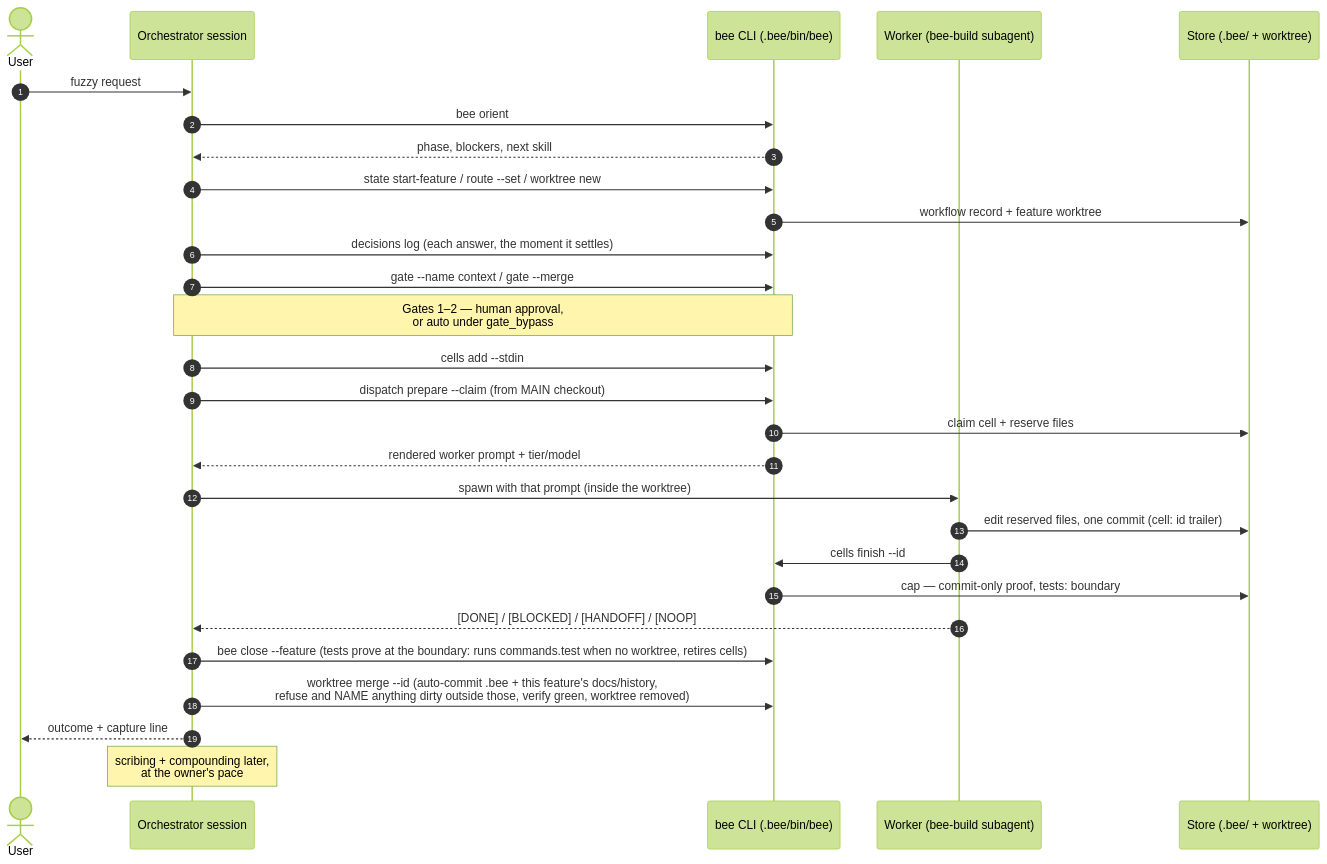
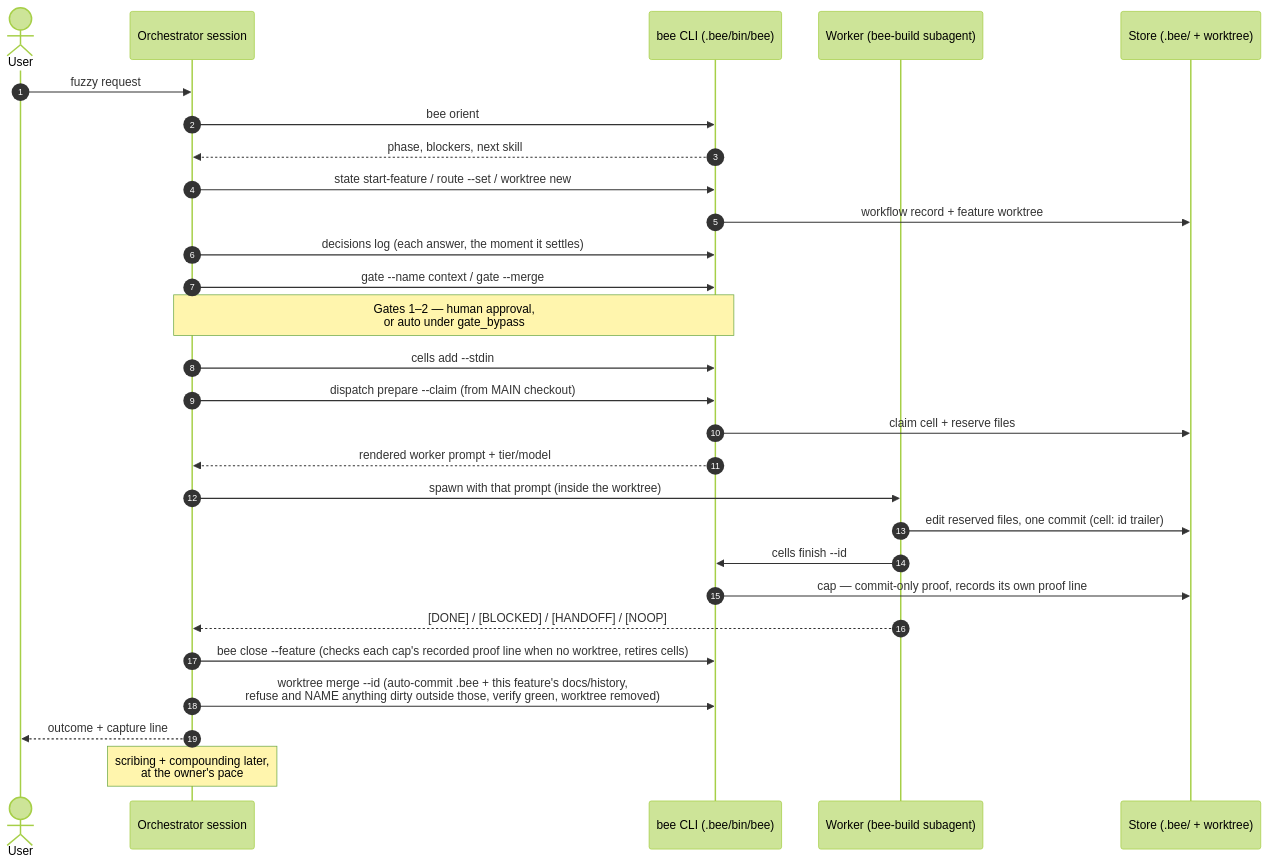
Before and after one commit to thanhsmind/beehive: the third of 6 diagrams in docs/handbook/architecture-map.md, drawn with Mermaid (forest theme). The commit also changed other lines of this file and 5 other files, not shown here.

First line of the commit message:
Rewrite retired boundary-test-run doctrine in the handbook and config sample

````diff
--- a/docs/handbook/architecture-map.md
+++ b/docs/handbook/architecture-map.md
@@ -124,31 +124,31 @@
 ```mermaid
 sequenceDiagram
     autonumber
     actor U as User
     participant O as Orchestrator session
     participant B as bee CLI (.bee/bin/bee)
     participant W as Worker (bee-build subagent)
     participant S as Store (.bee/ + worktree)
 
     U->>O: fuzzy request
     O->>B: bee orient
     B-->>O: phase, blockers, next skill
     O->>B: state start-feature / route --set / worktree new
     B->>S: workflow record + feature worktree
     O->>B: decisions log (each answer, the moment it settles)
     O->>B: gate --name context / gate --merge
     Note over O,B: Gates 1–2 — human approval,<br/>or auto under gate_bypass
     O->>B: cells add --stdin
     O->>B: dispatch prepare --claim (from MAIN checkout)
     B->>S: claim cell + reserve files
     B-->>O: rendered worker prompt + tier/model
     O->>W: spawn with that prompt (inside the worktree)
     W->>S: edit reserved files, one commit (cell: id trailer)
     W->>B: cells finish --id
-    B->>S: cap — commit-only proof, tests: boundary
+    B->>S: cap — commit-only proof, records its own proof line
     W-->>O: [DONE] / [BLOCKED] / [HANDOFF] / [NOOP]
-    O->>B: bee close --feature (tests prove at the boundary: runs commands.test when no worktree, retires cells)
+    O->>B: bee close --feature (checks each cap's recorded proof line when no worktree, retires cells)
     O->>B: worktree merge --id (auto-commit .bee + this feature's docs/history,<br/>refuse and NAME anything dirty outside those, verify green, worktree removed)
     O-->>U: outcome + capture line
     Note over O: scribing + compounding later,<br/>at the owner's pace
 ```
````
